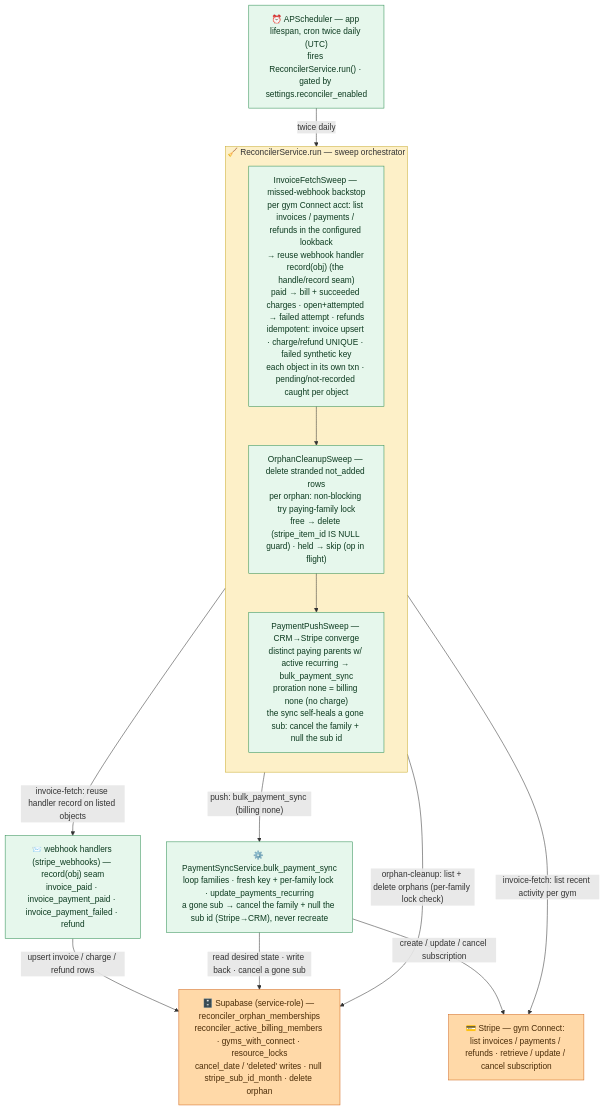
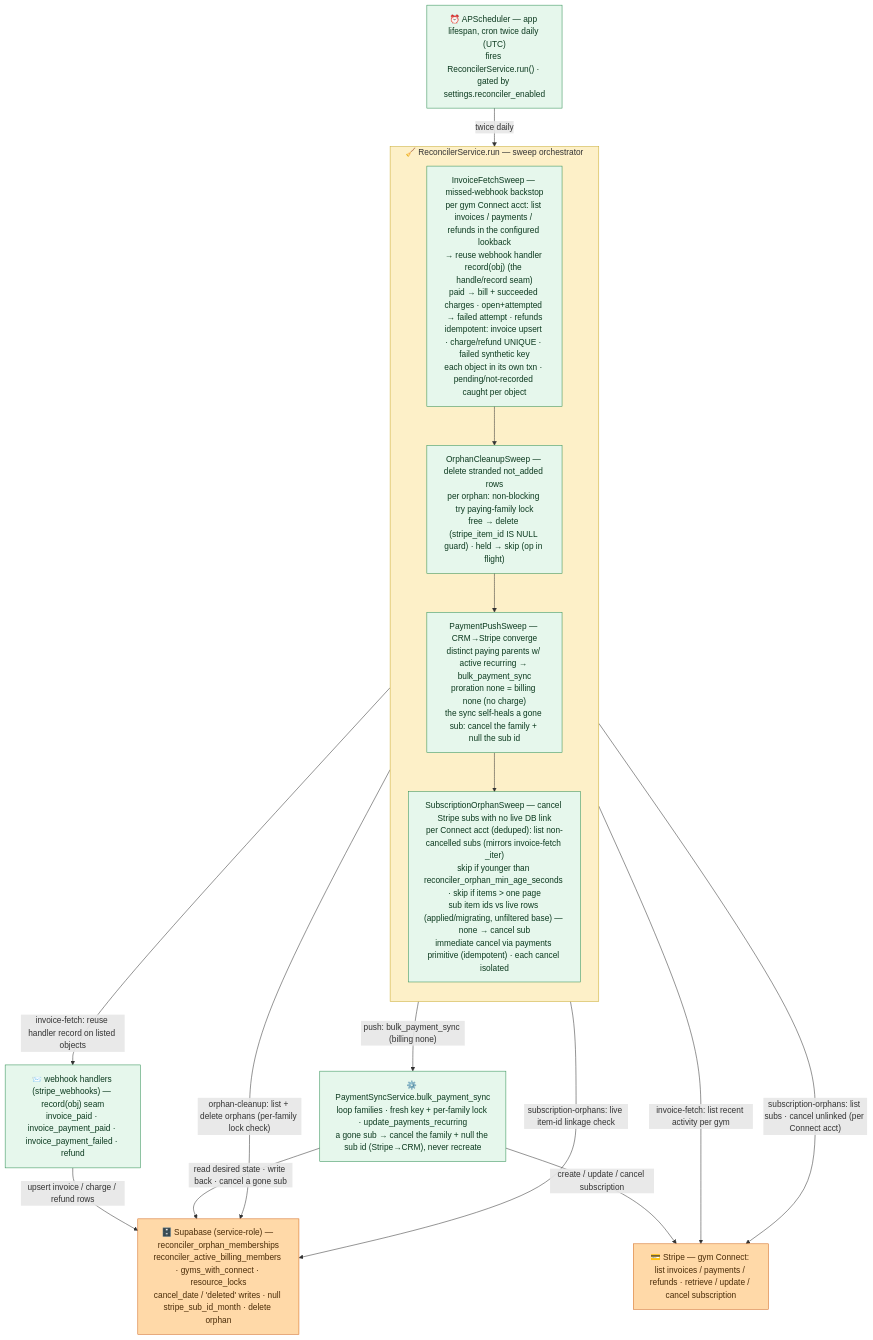
The diagram in FastApiBackend/reconciler.mermaid (jesse51002/CombatDen), drawn with Mermaid before and after one commit. The commit also changed 8 other files, not shown here.

First line of the commit message:
Piece 3: reconciler SubscriptionOrphanSweep — cancel Stripe subs with no live DB link

```diff
--- a/FastApiBackend/reconciler.mermaid
+++ b/FastApiBackend/reconciler.mermaid
@@ -1,47 +1,52 @@
 flowchart TB
   %% Scheduled reconciler — orchestration flow of ReconcilerService.run().
   %% Source of truth: src/reconciler/ (reconciler-guide skill).
-  %% APScheduler (app lifespan) fires run() twice daily, then runs the three
-  %% step-services in order: invoice-fetch -> orphan-cleanup -> payment-push.
+  %% APScheduler (app lifespan) fires run() twice daily, then runs the four
+  %% step-services in order: invoice-fetch -> orphan-cleanup -> payment-push ->
+  %% subscription-orphans (cancel live Stripe subs with no live DB link, last).
   %% No reconciler-wide lock — safety is the per-family PayingMemberLock every
   %% payment op already holds.
   %% Each step reuses existing machinery: the fetcher drives the webhook handler
   %% record() seam, the orphan cleanup checks the per-family lock, the push sweep
   %% calls bulk sync — whose sync now self-heals a gone subscription natively
   %% (cancels the family + nulls the sub id), so there is no separate status pass.
   %% Green = reconciler step/service · yellow = the orchestrator (fan-out hub) ·
   %% orange = external actors. Solid = live runtime call.
 
   sched["⏰ APScheduler — app lifespan, cron twice daily (UTC)<br/>fires ReconcilerService.run() · gated by settings.reconciler_enabled"]
 
   subgraph recon["🧹 ReconcilerService.run — sweep orchestrator"]
     direction TB
     fetch["InvoiceFetchSweep — missed-webhook backstop<br/>per gym Connect acct: list invoices / payments / refunds in the configured lookback<br/>→ reuse webhook handler record(obj) (the handle/record seam)<br/>paid → bill + succeeded charges · open+attempted → failed attempt · refunds<br/>idempotent: invoice upsert · charge/refund UNIQUE · failed synthetic key<br/>each object in its own txn · pending/not-recorded caught per object"]
     orphan["OrphanCleanupSweep — delete stranded not_added rows<br/>per orphan: non-blocking try paying-family lock<br/>free → delete (stripe_item_id IS NULL guard) · held → skip (op in flight)"]
     push["PaymentPushSweep — CRM→Stripe converge<br/>distinct paying parents w/ active recurring → bulk_payment_sync<br/>proration none = billing none (no charge)<br/>the sync self-heals a gone sub: cancel the family + null the sub id"]
+    suborphan["SubscriptionOrphanSweep — cancel Stripe subs with no live DB link<br/>per Connect acct (deduped): list non-cancelled subs (mirrors invoice-fetch _iter)<br/>skip if younger than reconciler_orphan_min_age_seconds · skip if items &gt; one page<br/>sub item ids vs live rows (applied/migrating, unfiltered base) — none → cancel sub<br/>immediate cancel via payments primitive (idempotent) · each cancel isolated"]
     fetch --> orphan
     orphan --> push
+    push --> suborphan
   end
 
   handlers["📨 webhook handlers (stripe_webhooks) — record(obj) seam<br/>invoice_paid · invoice_payment_paid · invoice_payment_failed · refund"]
   engine["⚙️ PaymentSyncService.bulk_payment_sync<br/>loop families · fresh key + per-family lock · update_payments_recurring<br/>a gone sub → cancel the family + null the sub id (Stripe→CRM), never recreate"]
 
   supabase["🗄️ Supabase (service-role) — reconciler_orphan_memberships<br/>reconciler_active_billing_members · gyms_with_connect · resource_locks<br/>cancel_date / 'deleted' writes · null stripe_sub_id_month · delete orphan"]
   stripe["💳 Stripe — gym Connect: list invoices / payments / refunds · retrieve / update / cancel subscription"]
 
   sched -->|"twice daily"| recon
   recon -->|"invoice-fetch: reuse handler record on listed objects"| handlers
   recon -->|"push: bulk_payment_sync (billing none)"| engine
   recon -->|"orphan-cleanup: list + delete orphans (per-family lock check)"| supabase
   recon -->|"invoice-fetch: list recent activity per gym"| stripe
+  recon -->|"subscription-orphans: list subs · cancel unlinked (per Connect acct)"| stripe
+  recon -->|"subscription-orphans: live item-id linkage check"| supabase
   handlers -->|"upsert invoice / charge / refund rows"| supabase
   engine -->|"read desired state · write back · cancel a gone sub"| supabase
   engine -->|"create / update / cancel subscription"| stripe
 
   classDef svc fill:#e6f7ec,stroke:#2f8f53,color:#0c3a1f;
   classDef ext fill:#ffd9a8,stroke:#d2691e,color:#4a2c08;
   classDef hub fill:#fdf0c8,stroke:#caab2f,color:#4a3d08;
   class sched,handlers,engine svc;
   class supabase,stripe ext;
-  class fetch,orphan,push svc;
+  class fetch,orphan,push,suborphan svc;
   style recon fill:#fdf0c8,stroke:#caab2f;
```
